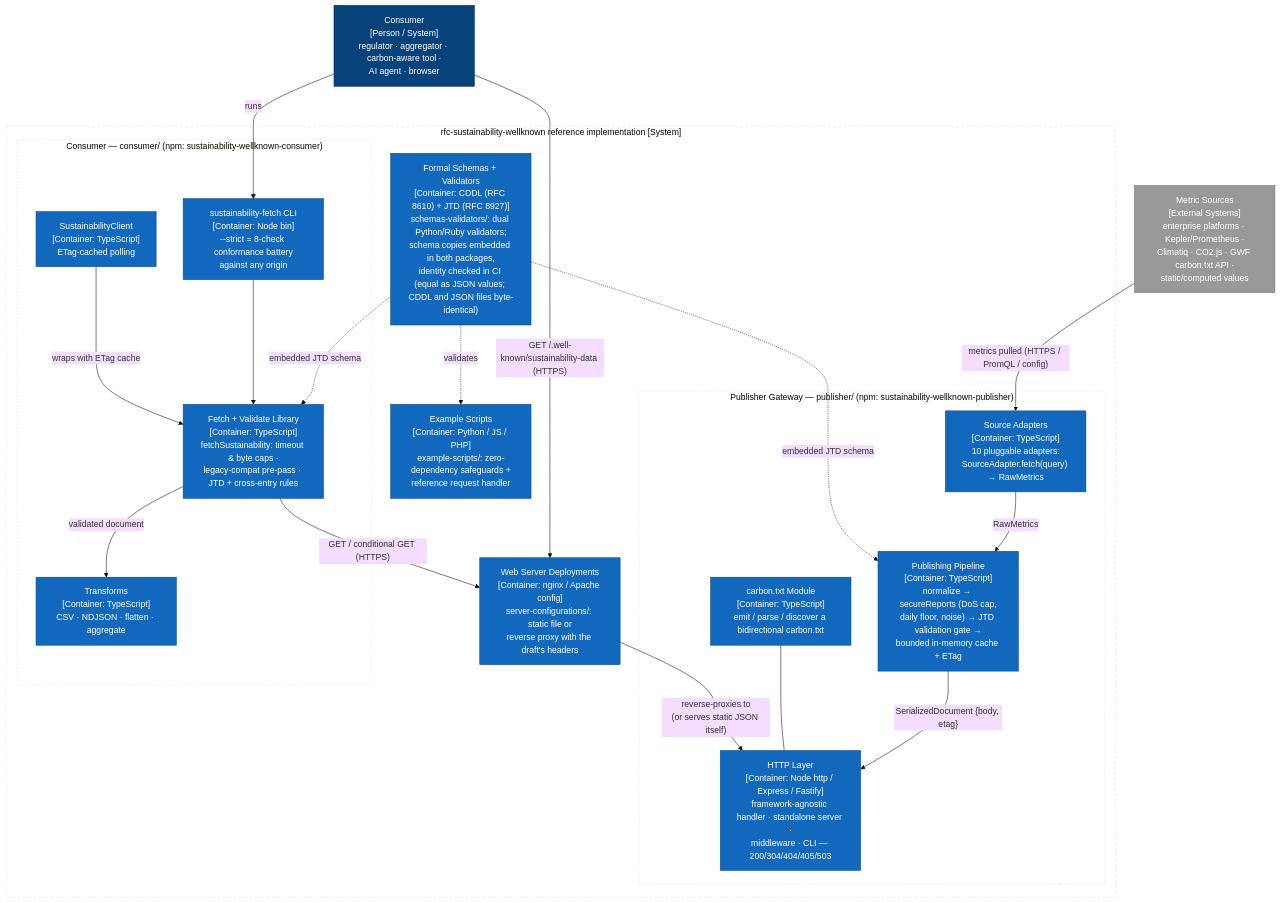
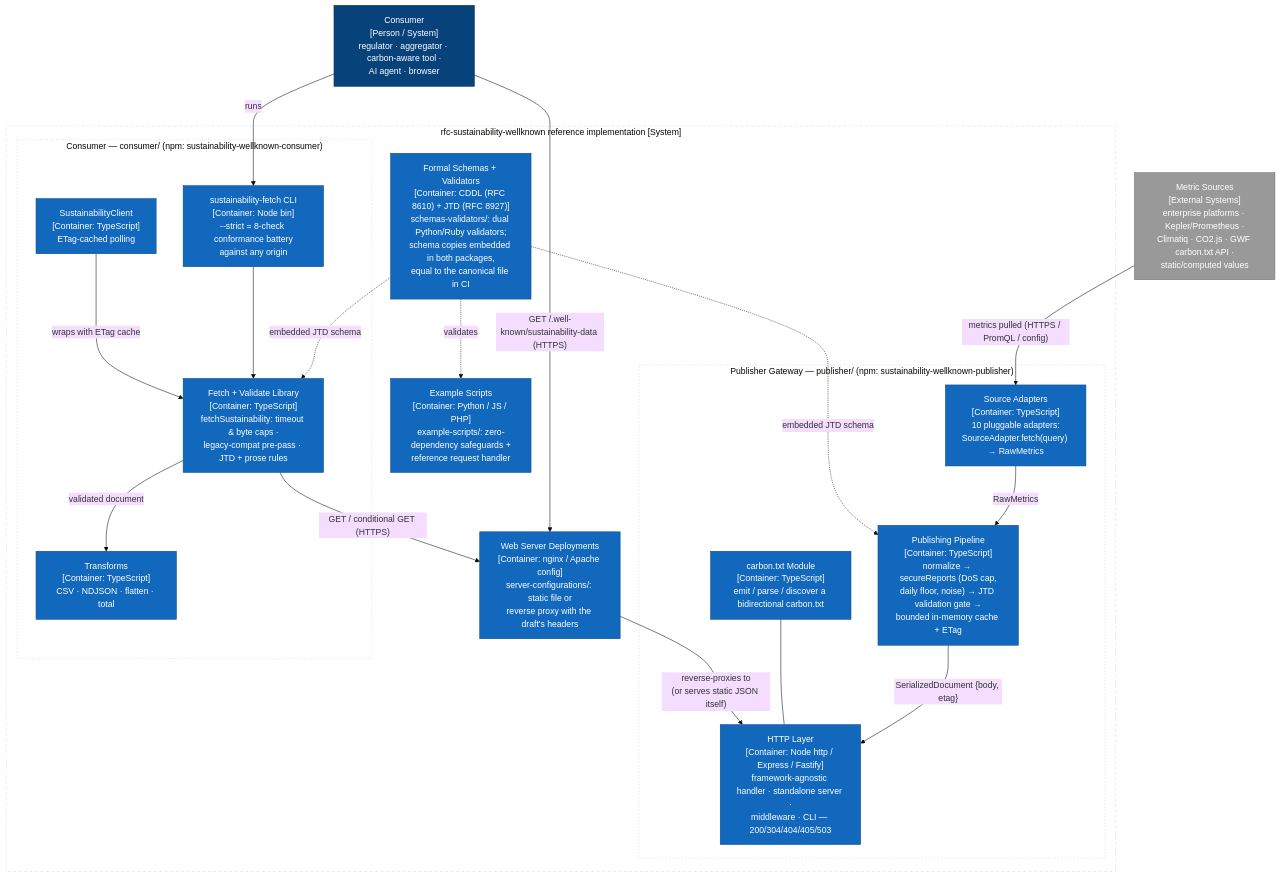
The second of 10 diagrams in architecture/README.md (andreibesleaga/rfc-sustainability-wellknown), drawn with Mermaid (base theme) before and after one commit. The commit also changed other lines of this file and 58 other files, not shown here.

Commit message:
0.8.1: linear validation checks on npm, dependents on ^0.8.1, kit image builds in CI, docs and diagrams current

````diff
--- a/architecture/README.md
+++ b/architecture/README.md
@@ -164,51 +169,55 @@
 ```mermaid
 flowchart TB
+    %% C4 Level 2 — Container diagram (graph-TD equivalent of C4Container; Mermaid's
+    %% experimental C4 layout was unreadable at this element count).
+    %% person = dark blue · container = blue · external = grey · boundaries = dashed.
+
     CLIENT["Consumer<br/>[Person / System]<br/>regulator · aggregator · carbon-aware tool ·<br/>AI agent · browser"]
     DS["Metric Sources<br/>[External Systems]<br/>enterprise platforms · Kepler/Prometheus ·<br/>Climatiq · CO2.js · GWF carbon.txt API ·<br/>static/computed values"]
 
     subgraph REPO["rfc-sustainability-wellknown reference implementation [System]"]
         subgraph PUBB["Publisher Gateway — publisher/ (npm: sustainability-wellknown-publisher)"]
             ADP["Source Adapters<br/>[Container: TypeScript]<br/>10 pluggable adapters:<br/>SourceAdapter.fetch(query) → RawMetrics"]
             PIPE["Publishing Pipeline<br/>[Container: TypeScript]<br/>normalize → secureReports (DoS cap,<br/>daily floor, noise) → JTD validation gate →<br/>bounded in-memory cache + ETag"]
             HTTPL["HTTP Layer<br/>[Container: Node http / Express / Fastify]<br/>framework-agnostic handler · standalone server ·<br/>middleware · CLI — 200/304/404/405/503"]
             CTM["carbon.txt Module<br/>[Container: TypeScript]<br/>emit / parse / discover a bidirectional carbon.txt"]
         end
 
         subgraph CONSB["Consumer — consumer/ (npm: sustainability-wellknown-consumer)"]
-            FETCH["Fetch + Validate Library<br/>[Container: TypeScript]<br/>fetchSustainability: timeout & byte caps ·<br/>legacy-compat pre-pass · JTD + cross-entry rules"]
+            FETCH["Fetch + Validate Library<br/>[Container: TypeScript]<br/>fetchSustainability: timeout & byte caps ·<br/>legacy-compat pre-pass · JTD + prose rules"]
             SCLI["SustainabilityClient<br/>[Container: TypeScript]<br/>ETag-cached polling"]
-            TR["Transforms<br/>[Container: TypeScript]<br/>CSV · NDJSON · flatten · aggregate"]
+            TR["Transforms<br/>[Container: TypeScript]<br/>CSV · NDJSON · flatten · total"]
             FCLI["sustainability-fetch CLI<br/>[Container: Node bin]<br/>--strict = 8-check conformance battery<br/>against any origin"]
         end
 
-        SCHEMAS["Formal Schemas + Validators<br/>[Container: CDDL (RFC 8610) + JTD (RFC 8927)]<br/>schemas-validators/: dual Python/Ruby validators;<br/>schema copies embedded in both packages,<br/>identity checked in CI (equal as JSON values; CDDL and JSON files byte-identical)"]
+        SCHEMAS["Formal Schemas + Validators<br/>[Container: CDDL (RFC 8610) + JTD (RFC 8927)]<br/>schemas-validators/: dual Python/Ruby validators;<br/>schema copies embedded in both packages,<br/>equal to the canonical file in CI"]
         WEBC["Web Server Deployments<br/>[Container: nginx / Apache config]<br/>server-configurations/: static file or<br/>reverse proxy with the draft's headers"]
         EXS["Example Scripts<br/>[Container: Python / JS / PHP]<br/>example-scripts/: zero-dependency safeguards +<br/>reference request handler"]
     end
 
     DS -- "metrics pulled (HTTPS / PromQL / config)" --> ADP
     ADP -- "RawMetrics" --> PIPE
     PIPE -- "SerializedDocument {body, etag}" --> HTTPL
     CTM --- HTTPL
     SCHEMAS -. "embedded JTD schema" .-> PIPE
     SCHEMAS -. "embedded JTD schema" .-> FETCH
     SCHEMAS -. "validates" .-> EXS
     WEBC -- "reverse-proxies to<br/>(or serves static JSON itself)" --> HTTPL
 
     CLIENT -- "GET /.well-known/sustainability-data (HTTPS)" --> WEBC
     CLIENT -- "runs" --> FCLI
     FCLI --> FETCH
     SCLI -- "wraps with ETag cache" --> FETCH
     FETCH -- "validated document" --> TR
     FETCH -- "GET / conditional GET (HTTPS)" --> WEBC
 
     classDef person fill:#08427b,color:#fff,stroke:#052e56
     classDef cont fill:#1168bd,color:#fff,stroke:#0b4884
     classDef ext fill:#999999,color:#fff,stroke:#6b6b6b
     class CLIENT person
     class ADP,PIPE,HTTPL,CTM,FETCH,SCLI,TR,FCLI,SCHEMAS,WEBC,EXS cont
     class DS ext
     style REPO stroke-dasharray:5 5,fill:none
     style PUBB stroke-dasharray:3 3,fill:none
     style CONSB stroke-dasharray:3 3,fill:none
 ```
````
